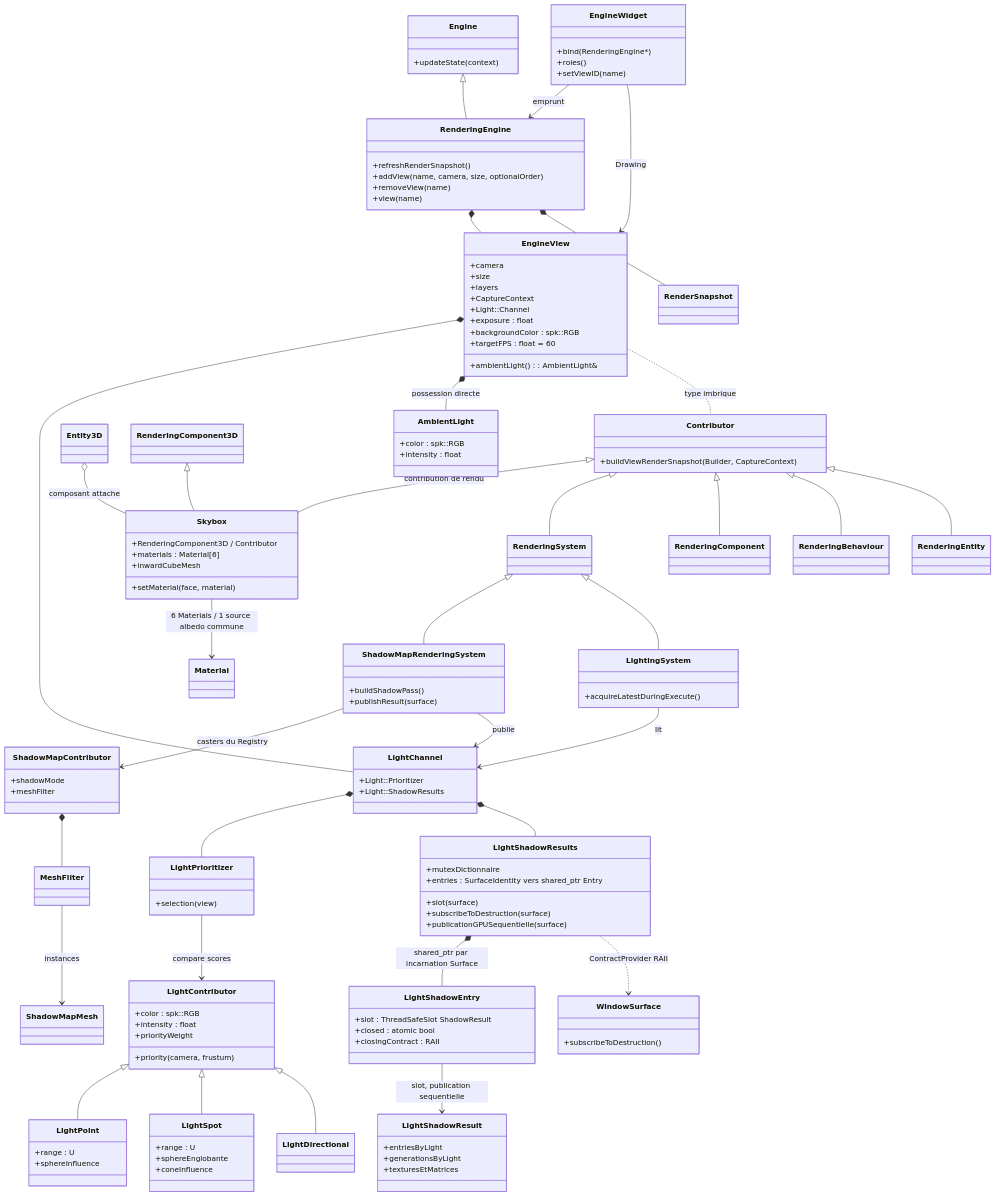
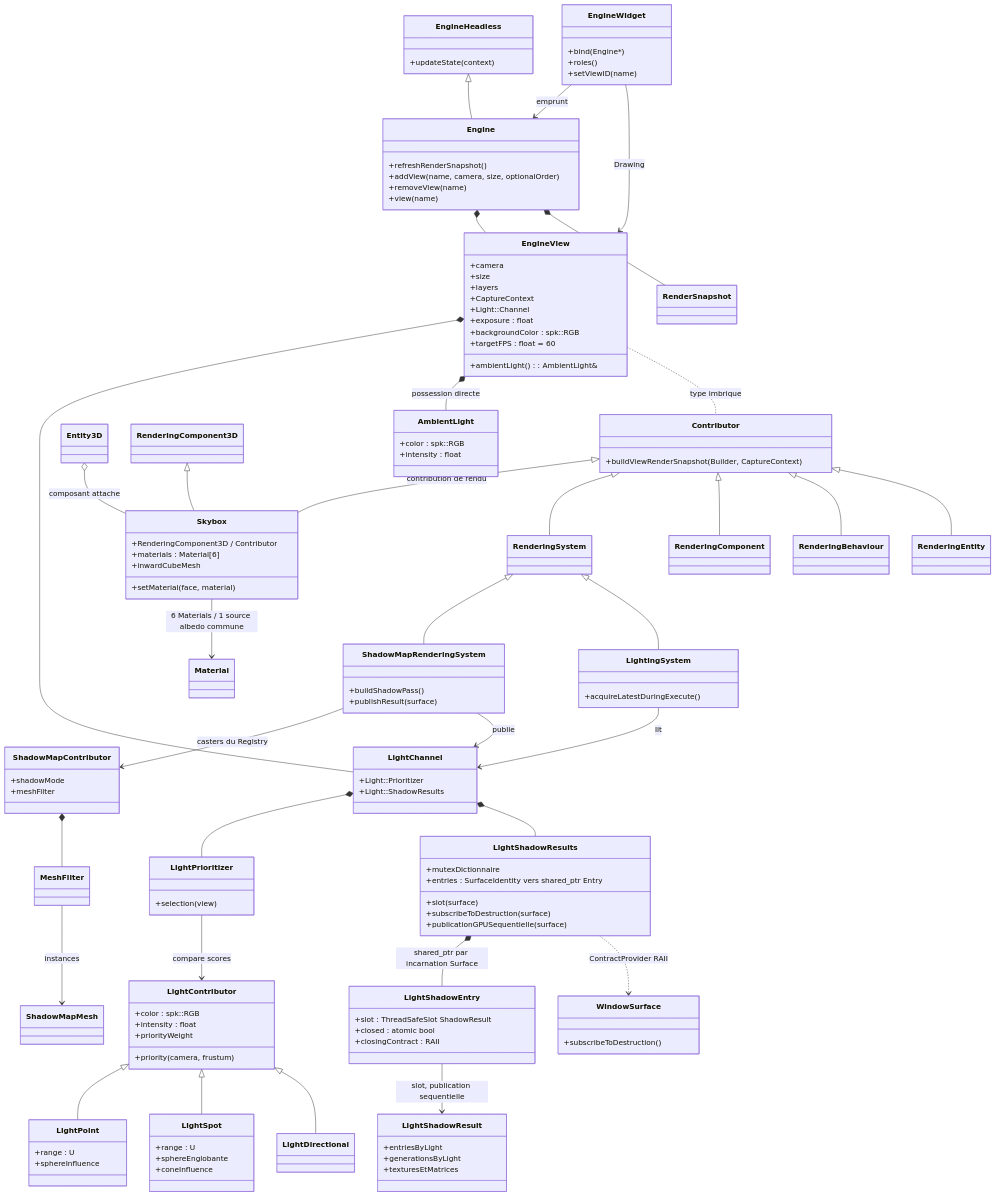
Before and after one commit to EreliaStudio/Sparkle: the first of 10 diagrams in docs/voxel-engine-v0.1.4/07-vues-et-passes.md, drawn with Mermaid. The commit also changed other lines of this file and 46 other files, not shown here.

Commit message:
PR09: align Engine and EngineHeadless names with Model3D conventions

````diff
--- a/docs/voxel-engine-v0.1.4/07-vues-et-passes.md
+++ b/docs/voxel-engine-v0.1.4/07-vues-et-passes.md
@@ -11,9 +11,9 @@
 ```mermaid
 classDiagram
-  class Engine {
+  class EngineHeadless {
     +updateState(context)
   }
-  class RenderingEngine {
+  class Engine {
     +refreshRenderSnapshot()
     +addView(name, camera, size, optionalOrder)
     +removeView(name)
@@ -106,13 +106,13 @@
     +subscribeToDestruction()
   }
   class EngineWidget {
-    +bind(RenderingEngine*)
+    +bind(Engine*)
     +roles()
     +setViewID(name)
   }
-  Engine <|-- RenderingEngine
-  RenderingEngine *-- EngineView
-  RenderingEngine *-- RenderSnapshot
+  EngineHeadless <|-- Engine
+  Engine *-- EngineView
+  Engine *-- RenderSnapshot
   EngineView *-- LightChannel
   EngineView *-- AmbientLight : possession directe
   Entity3D o-- Skybox : composant attache
@@ -140,6 +140,6 @@
   ShadowMapRenderingSystem --> ShadowMapContributor : casters du Registry
   ShadowMapRenderingSystem --> LightChannel : publie
   LightingSystem --> LightChannel : lit
-  EngineWidget --> RenderingEngine : emprunt
+  EngineWidget --> Engine : emprunt
   EngineWidget --> EngineView : Drawing
 ```
````
